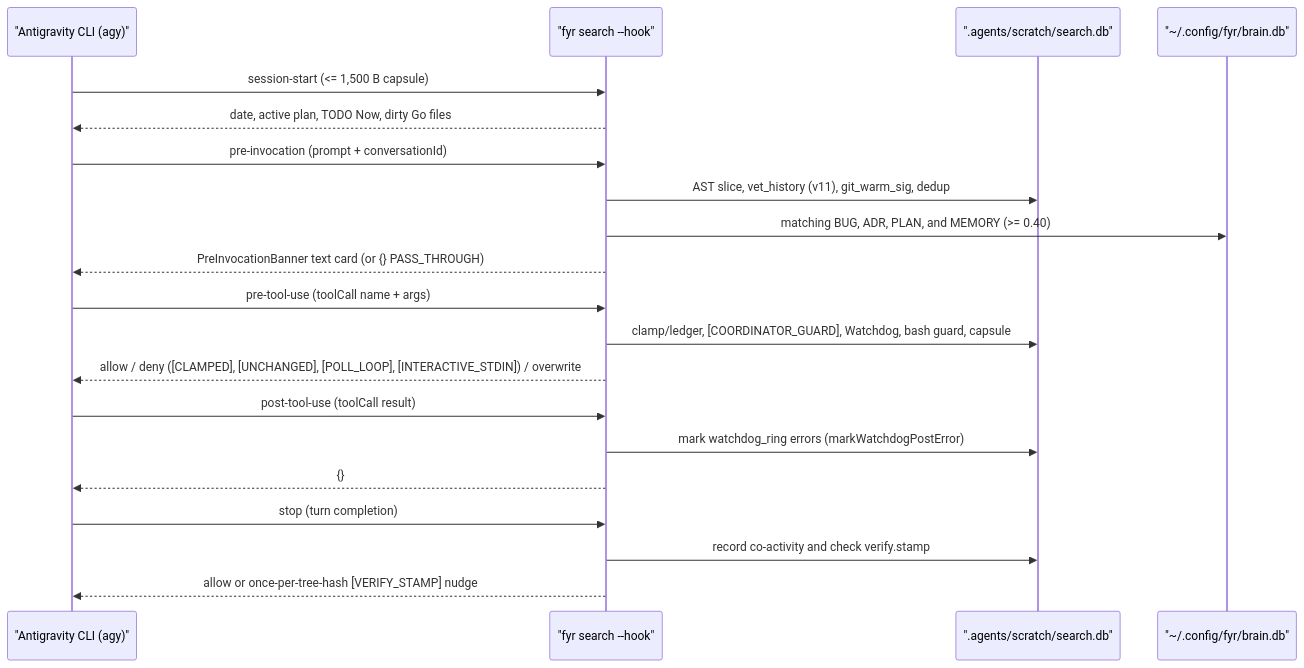
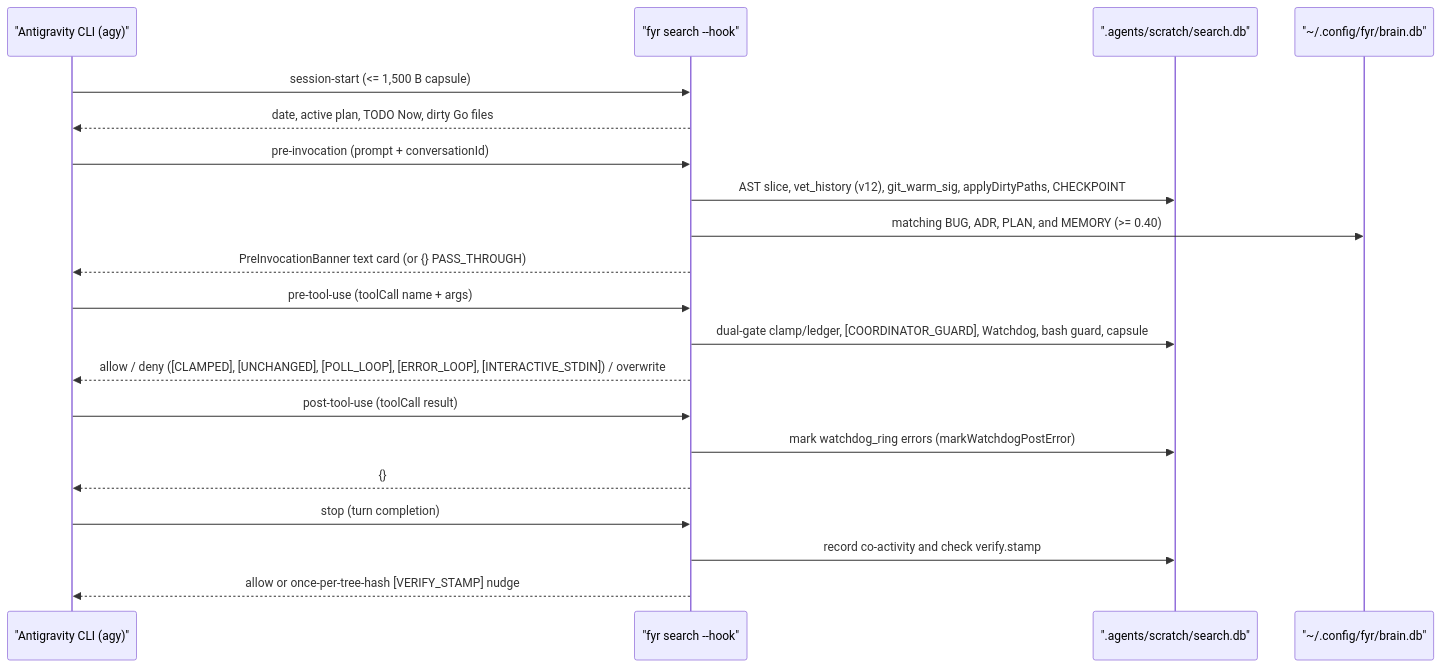
Before and after one commit to kesokaj/fyr: the first of 7 diagrams in features/hooks-and-ast-graph.md, drawn with Mermaid. The commit also changed other lines of this file and 8 other files, not shown here.

````diff
--- a/features/hooks-and-ast-graph.md
+++ b/features/hooks-and-ast-graph.md
@@ -9,22 +9,22 @@
 ```mermaid
 sequenceDiagram
     participant Agy as "Antigravity CLI (agy)"
     participant Hook as "fyr search --hook"
     participant DB as ".agents/scratch/search.db"
     participant Brain as "~/.config/fyr/brain.db"
     Agy->>Hook: session-start (<= 1,500 B capsule)
     Hook-->>Agy: date, active plan, TODO Now, dirty Go files
     Agy->>Hook: pre-invocation (prompt + conversationId)
-    Hook->>DB: AST slice, vet_history (v11), git_warm_sig, dedup
+    Hook->>DB: AST slice, vet_history (v12), git_warm_sig, applyDirtyPaths, CHECKPOINT
     Hook->>Brain: matching BUG, ADR, PLAN, and MEMORY (>= 0.40)
     Hook-->>Agy: PreInvocationBanner text card (or {} PASS_THROUGH)
     Agy->>Hook: pre-tool-use (toolCall name + args)
-    Hook->>DB: clamp/ledger, [COORDINATOR_GUARD], Watchdog, bash guard, capsule
-    Hook-->>Agy: allow / deny ([CLAMPED], [UNCHANGED], [POLL_LOOP], [INTERACTIVE_STDIN]) / overwrite
+    Hook->>DB: dual-gate clamp/ledger, [COORDINATOR_GUARD], Watchdog, bash guard, capsule
+    Hook-->>Agy: allow / deny ([CLAMPED], [UNCHANGED], [POLL_LOOP], [ERROR_LOOP], [INTERACTIVE_STDIN]) / overwrite
     Agy->>Hook: post-tool-use (toolCall result)
     Hook->>DB: mark watchdog_ring errors (markWatchdogPostError)
     Hook-->>Agy: {}
     Agy->>Hook: stop (turn completion)
     Hook->>DB: record co-activity and check verify.stamp
     Hook-->>Agy: allow or once-per-tree-hash [VERIFY_STAMP] nudge
 ```
````
